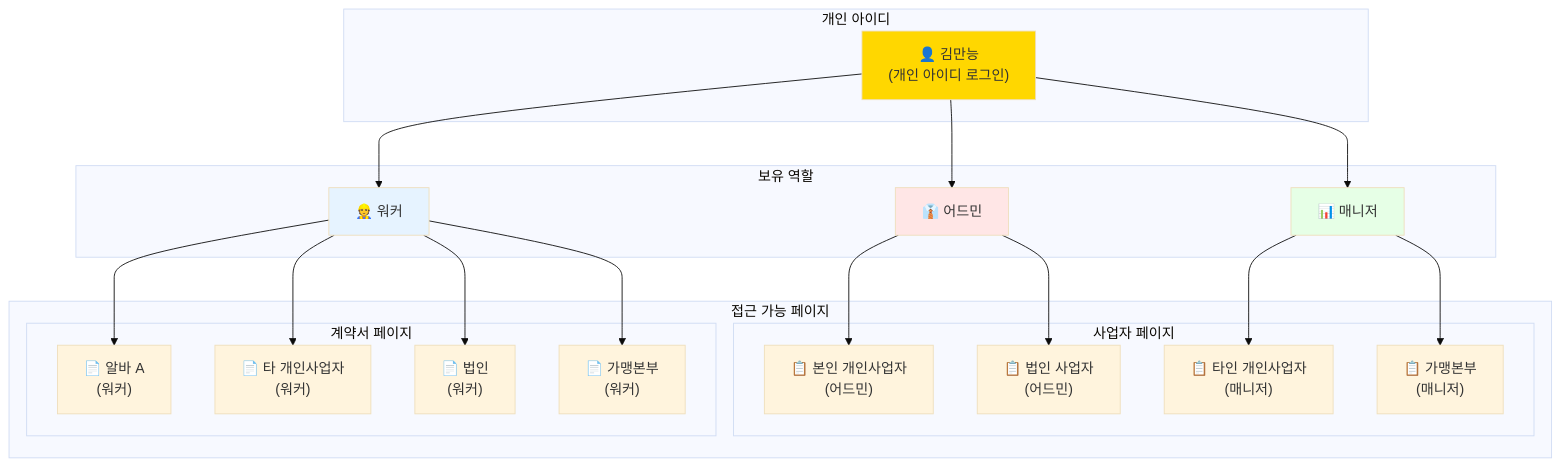
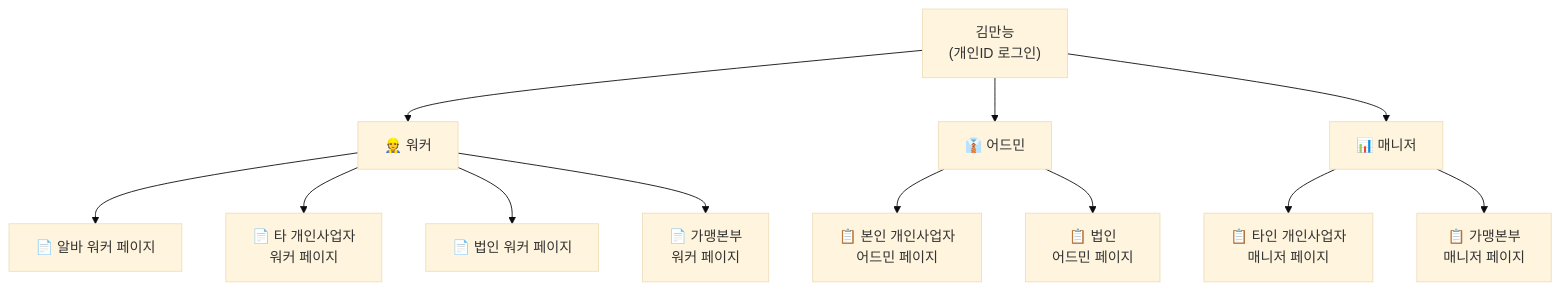
One commit to crazybass81/DOT changed the fourth of 5 diagrams in ID_ROLE_PAGE_DIAGRAMS.md. Above: the diagram before and after it, drawn with Mermaid (base theme). The commit also changed other lines of this file, not shown here.

````diff
--- a/ID_ROLE_PAGE_DIAGRAMS.md
+++ b/ID_ROLE_PAGE_DIAGRAMS.md
@@ -74,47 +67,18 @@
 ```mermaid
-flowchart TD
-    subgraph "개인 아이디"
-        User["👤 김만능<br/>(개인 아이디 로그인)"]
-    end
+graph TD
+    User["김만능<br/>(개인ID 로그인)"]
     
-    subgraph "보유 역할"
-        R1["👷 워커"]
-        R2["👔 어드민"]
-        R3["📊 매니저"]
-    end
+    User --> RoleW["👷 워커"]
+    User --> RoleA["👔 어드민"]
+    User --> RoleM["📊 매니저"]
     
-    subgraph "접근 가능 페이지"
-        subgraph "사업자 페이지"
-            BP1["📋 본인 개인사업자<br/>(어드민)"]
-            BP2["📋 타인 개인사업자<br/>(매니저)"]
-            BP3["📋 법인 사업자<br/>(어드민)"]
-            BP4["📋 가맹본부<br/>(매니저)"]
-        end
-        
-        subgraph "계약서 페이지"
-            CP1["📄 알바 A<br/>(워커)"]
-            CP2["📄 타 개인사업자<br/>(워커)"]
-            CP3["📄 법인<br/>(워커)"]
-            CP4["📄 가맹본부<br/>(워커)"]
-        end
-    end
+    RoleA --> B1["📋 본인 개인사업자<br/>어드민 페이지"]
+    RoleM --> B2["📋 타인 개인사업자<br/>매니저 페이지"]
+    RoleA --> B3["📋 법인<br/>어드민 페이지"]
+    RoleM --> B4["📋 가맹본부<br/>매니저 페이지"]
     
-    User --> R1
-    User --> R2
-    User --> R3
-    
-    R2 --> BP1
-    R3 --> BP2
-    R2 --> BP3
-    R3 --> BP4
-    
-    R1 --> CP1
-    R1 --> CP2
-    R1 --> CP3
-    R1 --> CP4
-    
-    style User fill:#FFD700
-    style R1 fill:#E6F3FF
-    style R2 fill:#FFE6E6
-    style R3 fill:#E6FFE6
+    RoleW --> C1["📄 알바 워커 페이지"]
+    RoleW --> C2["📄 타 개인사업자<br/>워커 페이지"]
+    RoleW --> C3["📄 법인 워커 페이지"]
+    RoleW --> C4["📄 가맹본부<br/>워커 페이지"]
 ```
````
